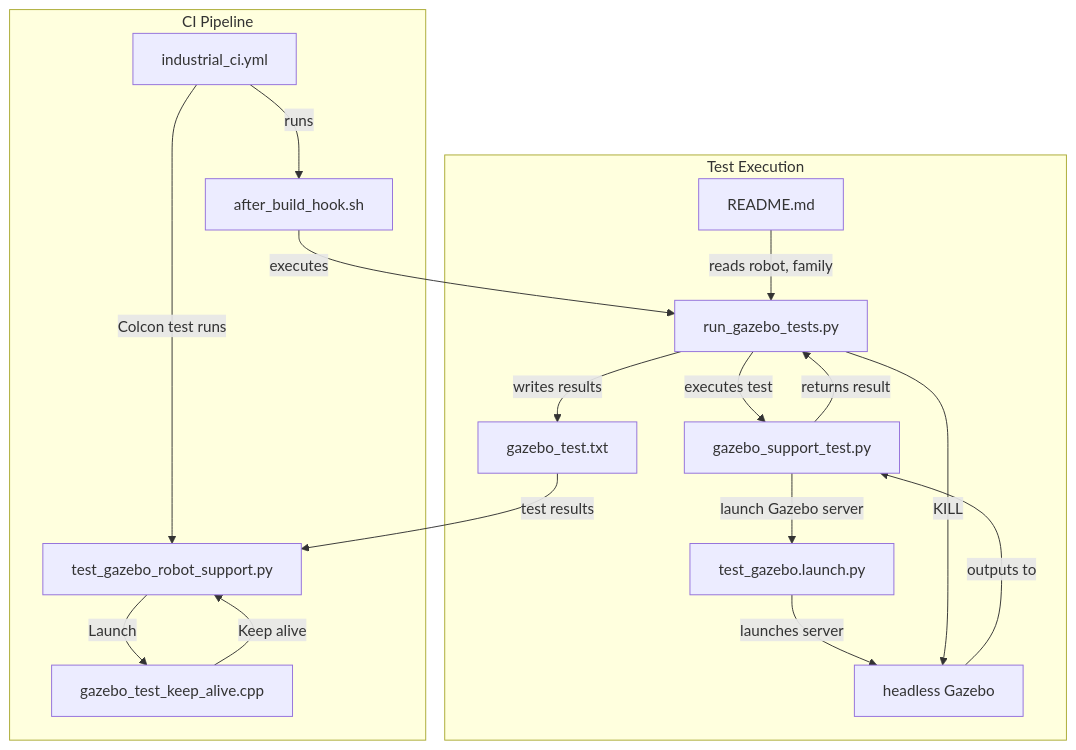
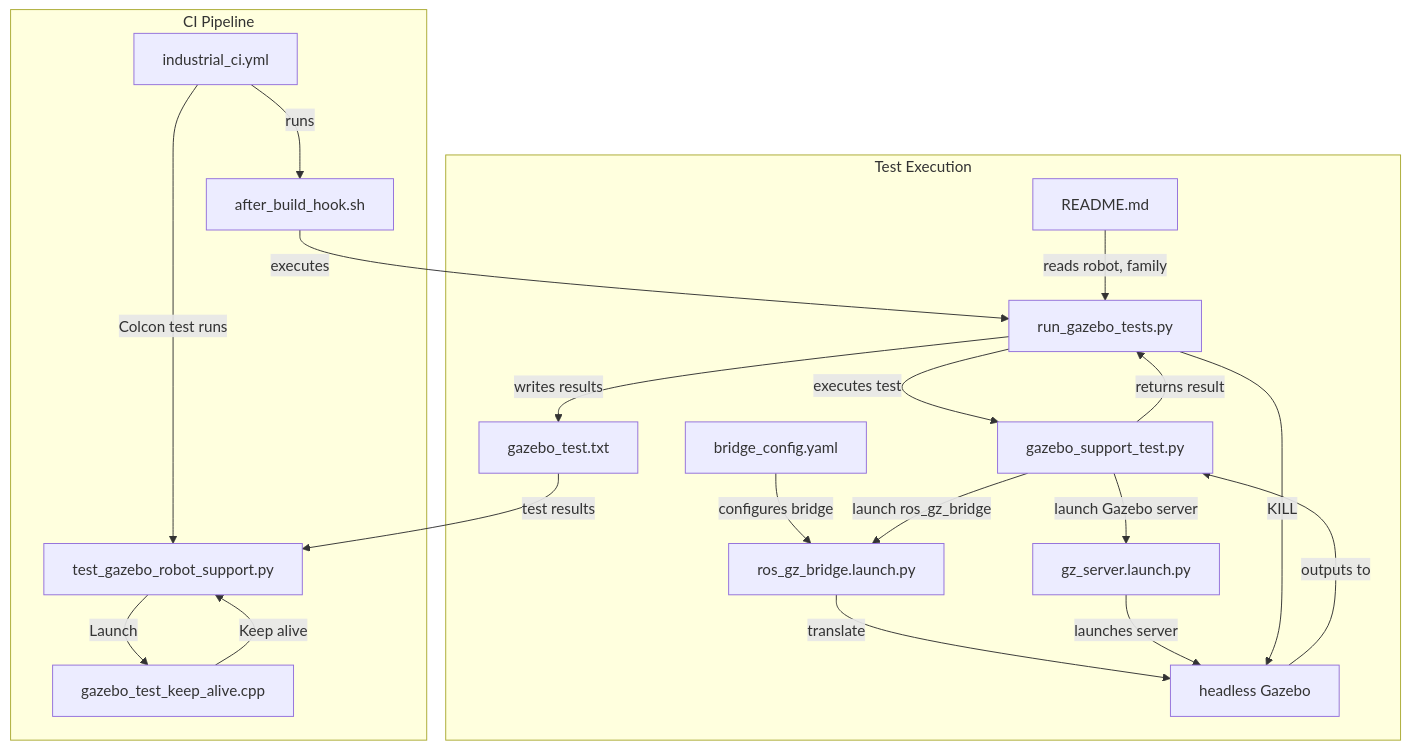
One commit to ros2-gbp/kuka_robot_descriptions-release changed the diagram in README.md. Above: the diagram before and after it, drawn with Mermaid. The commit also changed other lines of this file and 57 other files, not shown here.

````diff
--- a/README.md
+++ b/README.md
@@ -356,23 +358,27 @@
 ```mermaid
 graph TD
     %% CI Pipeline Section
     subgraph CI Pipeline
         A[industrial_ci.yml] -->|runs| B[after_build_hook.sh]
         A -->|Colcon test runs| H[test_gazebo_robot_support.py]
         H -->|Launch| J[gazebo_test_keep_alive.cpp]
         J -->|Keep alive| H
     end
+
     %% Test Execution Section
     subgraph Test Execution
         B -->|executes| C[run_gazebo_tests.py]
         F[README.md] -->|reads robot, family| C
         C -->|executes test| D[gazebo_support_test.py]
-        D -->|launch Gazebo server| I[test_gazebo.launch.py]
-        I -->|launches server| L[headless Gazebo]
+        K[bridge_config.yaml] -->|configures bridge| E
+        D -->|launch ros_gz_bridge| E[ros_gz_bridge.launch.py]
+        D -->|launch Gazebo server| I[gz_server.launch.py]
+        E -->|translate| L[headless Gazebo]
+        I -->|launches server| L
         L -->|outputs to| D
         C -->|KILL| L
         D -->|returns result| C
         C -->|writes results| G[gazebo_test.txt]
         G -->|test results| H
     end
 ```
````
